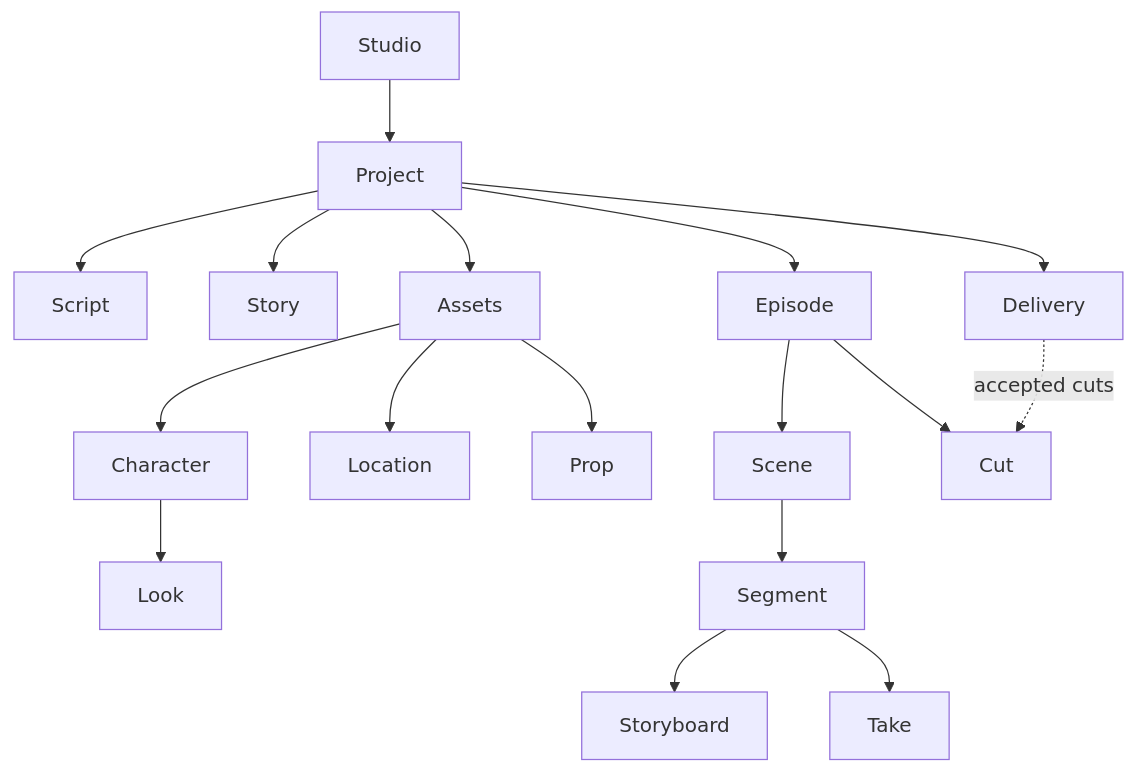
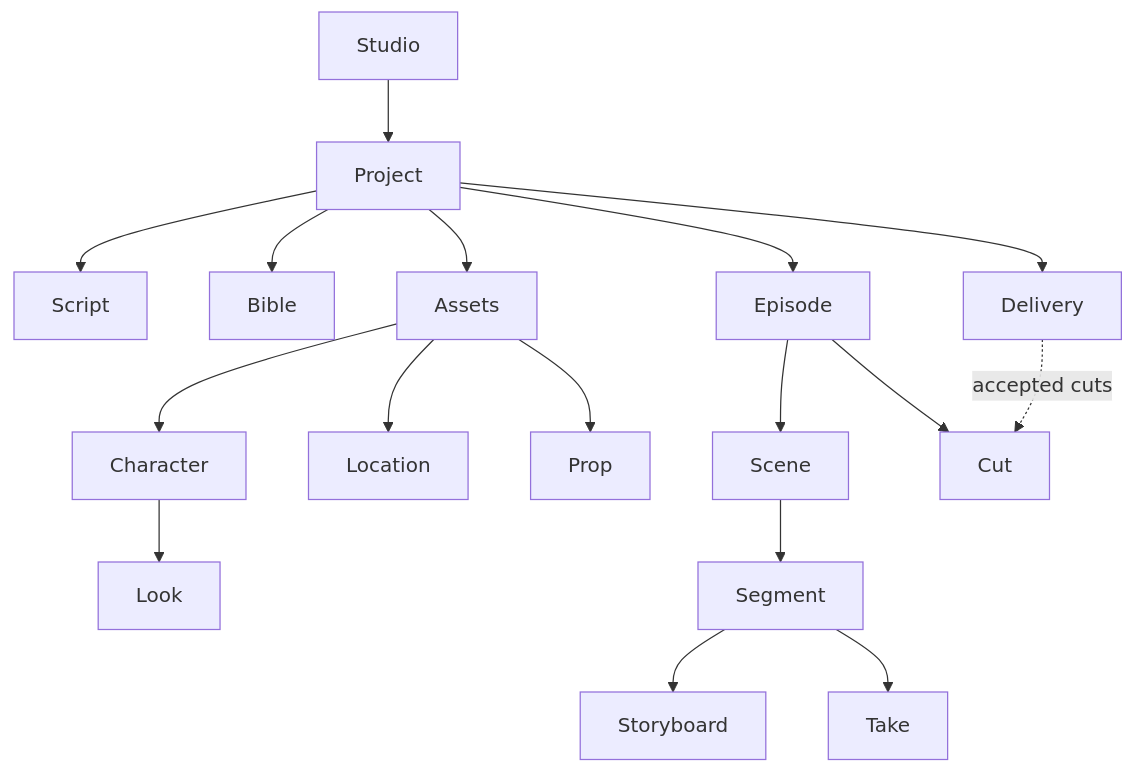
Before and after one commit to PineComputer/open-pinedrama: the diagram in docs/glossary.md, drawn with Mermaid. The commit also changed other lines of this file and 4 other files, not shown here.

First line of the commit message:
docs: Codex round 4, C: Bible and Canvas in the active docs' diagrams and D64's mapping; screenplay validate in SPEC

````diff
--- a/docs/glossary.md
+++ b/docs/glossary.md
@@ -14,17 +14,17 @@
 ```mermaid
 flowchart TB
   Studio --> Project
   Project --> Script
-  Project --> Story
+  Project --> Bible
   Project --> Assets
   Assets --> Character --> Look
   Assets --> Location
   Assets --> Prop
   Project --> Episode
   Episode --> Scene --> Segment
   Segment --> Storyboard
   Segment --> Take
   Episode --> Cut
   Project --> Delivery
   Delivery -. accepted cuts .-> Cut
 ```
````
